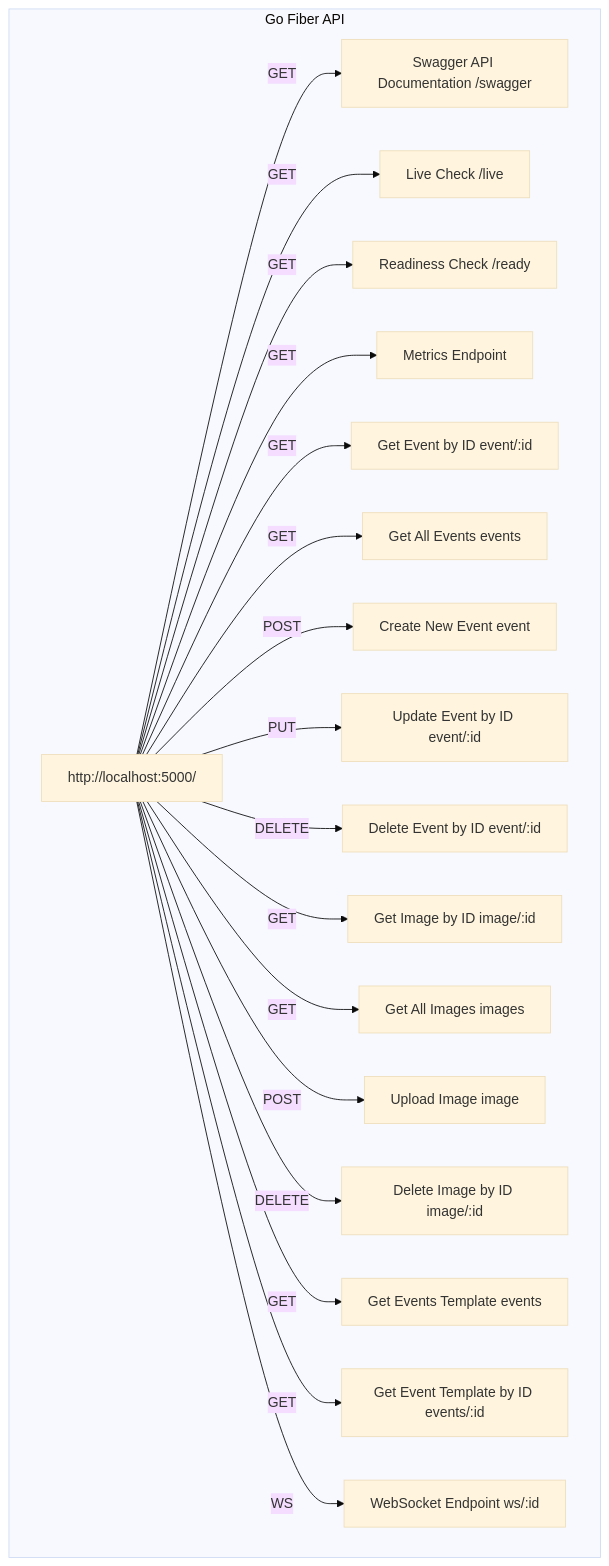
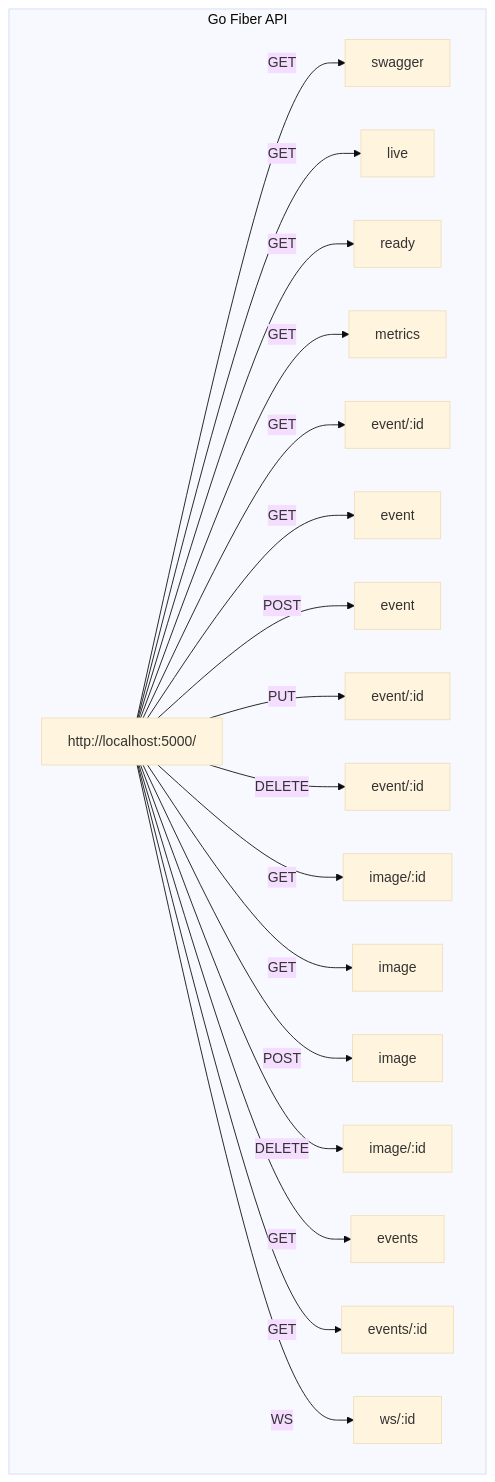
The diagram in README.md (joaosgomes/MES4_PA_API), drawn with Mermaid (base theme) before and after one commit.

````diff
--- a/README.md
+++ b/README.md
@@ -35,25 +35,23 @@
 ```mermaid
-
 graph TD;
     subgraph "Go Fiber API" 
         endpoint[http://localhost:5000/] 
-                     -->|GET| swagger["Swagger API Documentation" /swagger]
-        endpoint -->|GET| live["Live Check" /live]
-        endpoint -->|GET| ready5000["Readiness Check" /ready]
-        endpoint -->|GET| metrics5000["Metrics Endpoint" ]
-        endpoint -->|GET| eventID["Get Event by ID" event/:id]
-        endpoint -->|GET| events["Get All Events" events]
-        endpoint -->|POST| eventPost["Create New Event" event]
-        endpoint -->|PUT| eventPUT["Update Event by ID" event/:id]
-        endpoint -->|DELETE| eventDelete["Delete Event by ID" event/:id]
-        endpoint -->|GET| image["Get Image by ID" image/:id]
-        endpoint -->|GET| images["Get All Images" images]
-        endpoint -->|POST| imagePost["Upload Image" image]
-        endpoint -->|DELETE| imageDelete["Delete Image by ID" image/:id]
-        endpoint -->|GET| eventsTemplate["Get Events Template" events]
-        endpoint -->|GET| eventTemplate["Get Event Template by ID" events/:id]
-        endpoint -->|WS| ws["WebSocket Endpoint" ws/:id]
+                     -->|GET| swagger[swagger]
+        endpoint -->|GET| live[live]
+        endpoint -->|GET| ready[ready]
+        endpoint -->|GET| metrics[metrics]
+        endpoint -->|GET| eventID[event/:id]
+        endpoint -->|GET| events[event]
+        endpoint -->|POST| eventPost[event]
+        endpoint -->|PUT| eventPUT[event/:id]
+        endpoint -->|DELETE| eventDelete[event/:id]
+        endpoint -->|GET| image[image/:id]
+        endpoint -->|GET| images[image]
+        endpoint -->|POST| imagePost[image]
+        endpoint -->|DELETE| imageDelete[image/:id]
+        endpoint -->|GET| eventsTemplate[events]
+        endpoint -->|GET| eventTemplate[events/:id]
+        endpoint -->|WS| ws[ws/:id]
     end
 
- 
 ```
````
